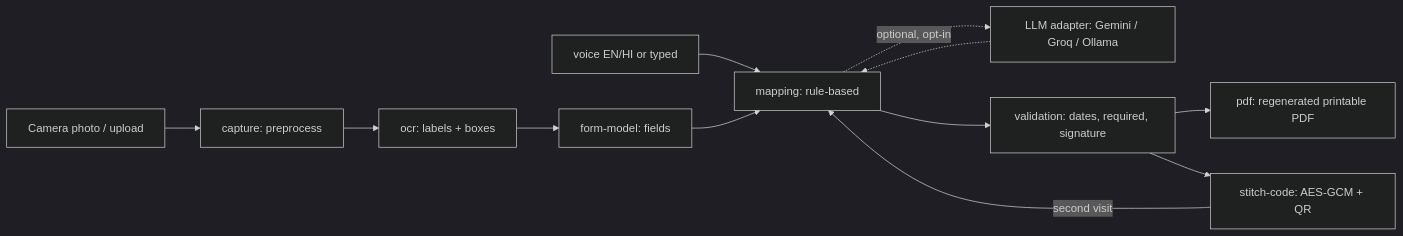
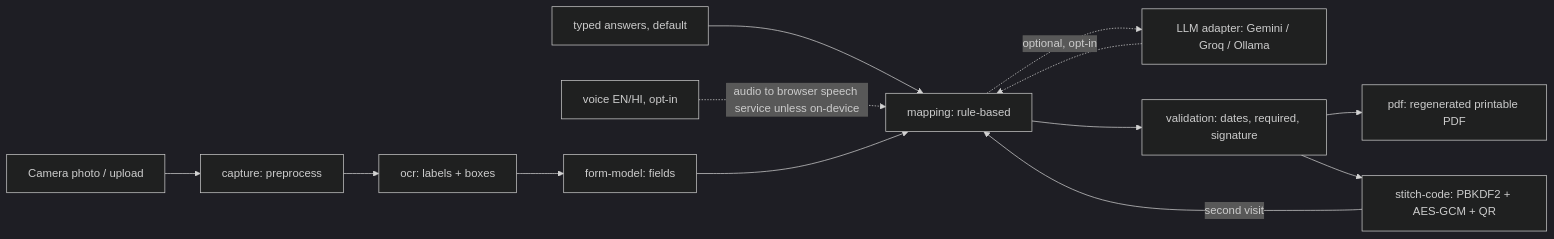
Before and after one commit to himanshu748/stitchform: the diagram in PLAN.md, drawn with Mermaid (dark theme). The commit also changed other lines of this file, not shown here.

````diff
--- a/PLAN.md
+++ b/PLAN.md
@@ -64,14 +110,15 @@
 ```mermaid
 flowchart LR
   A[Camera photo / upload] --> B[capture: preprocess]
   B --> C[ocr: labels + boxes]
   C --> D[form-model: fields]
-  E[voice EN/HI or typed] --> F[mapping: rule-based]
+  E[typed answers, default] --> F[mapping: rule-based]
+  V[voice EN/HI, opt-in] -. audio to browser speech service unless on-device .-> F
   F -. optional, opt-in .-> G[LLM adapter: Gemini / Groq / Ollama]
   G -.-> F
   D --> F
   F --> H[validation: dates, required, signature]
   H --> I[pdf: regenerated printable PDF]
-  H --> J[stitch-code: AES-GCM + QR]
+  H --> J[stitch-code: PBKDF2 + AES-GCM + QR]
   J -- second visit --> F
 ```
````
